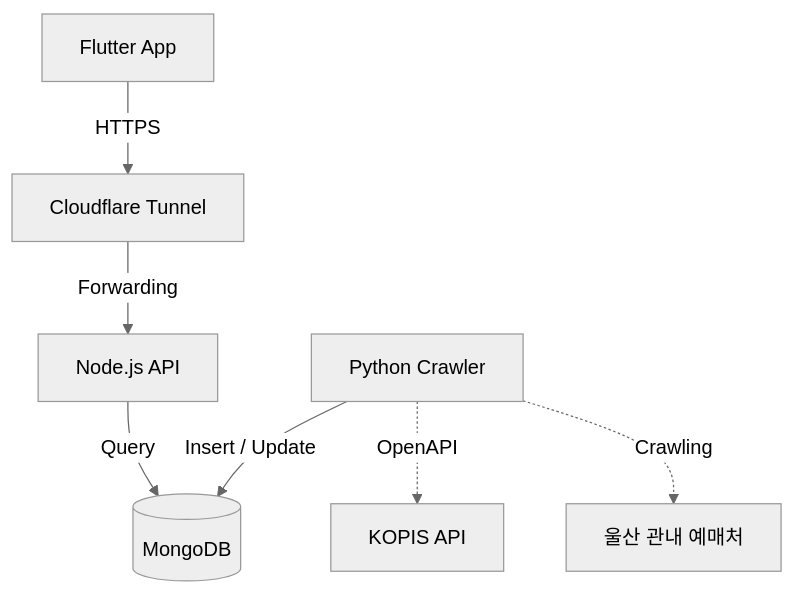
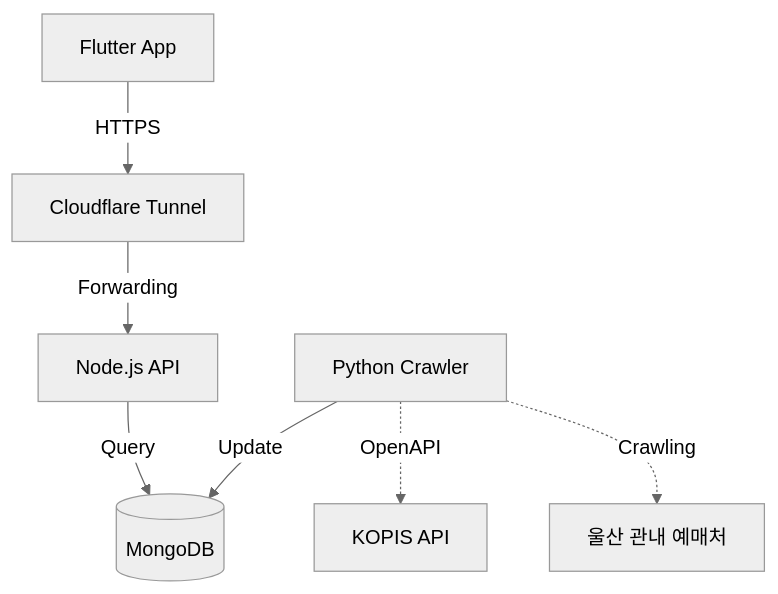
One commit to Forevernewvie/u-art changed the diagram in README.md. Above: the diagram before and after it, drawn with Mermaid (neutral theme).

Commit message:
docs: rewrite Mermaid diagram using flowchart TD for max compatibility

````diff
--- a/README.md
+++ b/README.md
@@ -24,9 +24,17 @@
 ```mermaid
-graph TD
-    Client[Flutter App] -->|HTTPS| CF[Cloudflare Tunnel]
-    CF -->|Forwarding| API[Node.js API]
-    API -->|Query| DB[(MongoDB)]
-    Crawler[Python Crawler] -->|Insert / Update| DB
-    Crawler -.->|OpenAPI| KOPIS[KOPIS API]
-    Crawler -.->|Crawling| Local[울산 관내 예매처]
+flowchart TD
+    Client[Flutter App]
+    CF[Cloudflare Tunnel]
+    API[Node.js API]
+    DB[(MongoDB)]
+    Crawler[Python Crawler]
+    KOPIS[KOPIS API]
+    LocalSite[울산 관내 예매처]
+
+    Client -- HTTPS --> CF
+    CF -- Forwarding --> API
+    API -- Query --> DB
+    Crawler -- Update --> DB
+    Crawler -. OpenAPI .-> KOPIS
+    Crawler -. Crawling .-> LocalSite
 ```
````
